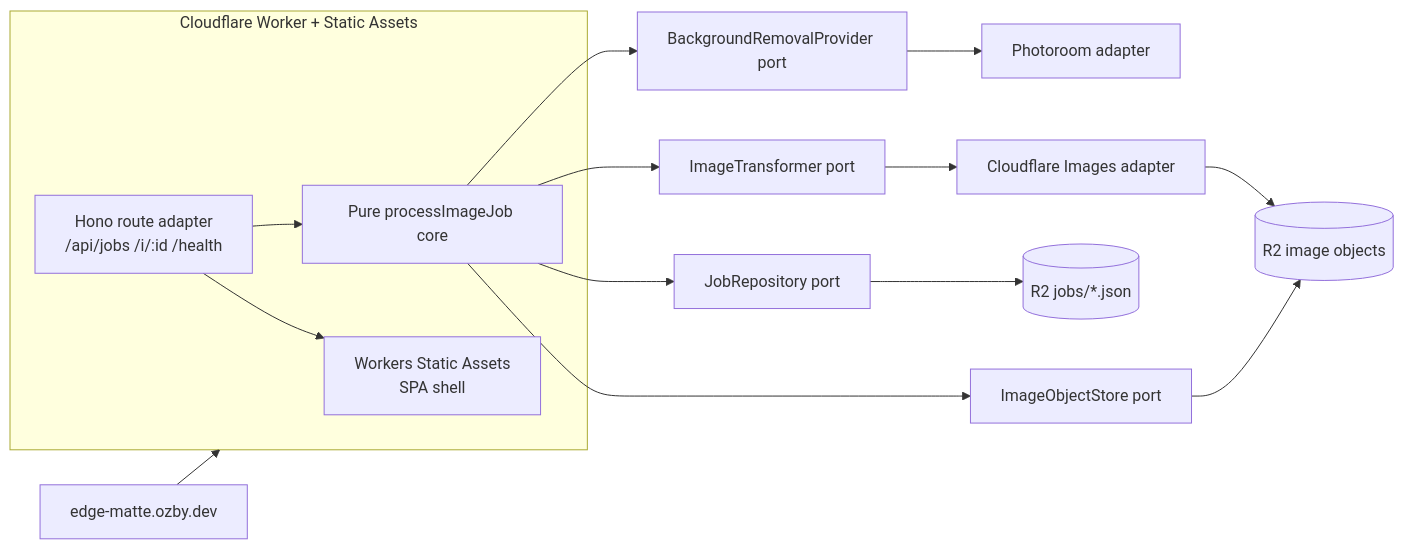
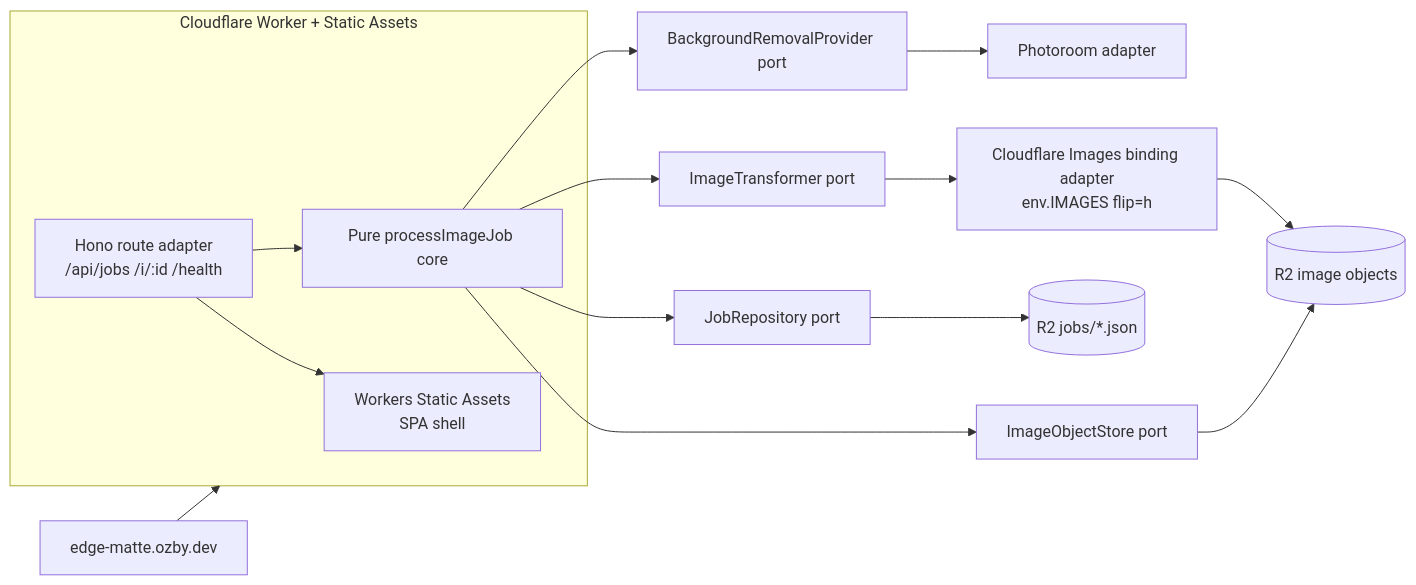
The first of 10 diagrams in docs/architecture.md (ozby/edge-matte), drawn with Mermaid before and after one commit. The commit also changed other lines of this file and 57 other files, not shown here.

````diff
--- a/docs/architecture.md
+++ b/docs/architecture.md
@@ -20,23 +21,23 @@
 ```mermaid
 flowchart LR
     DOMAIN[edge-matte.ozby.dev] --> WORKER[Cloudflare Worker]
 
     subgraph WORKER[Cloudflare Worker + Static Assets]
         ASSETS[Workers Static Assets<br/>SPA shell]
         ROUTES[Hono route adapter<br/>/api/jobs /i/:id /health]
         CORE[Pure processImageJob core]
         ROUTES --> CORE
         ROUTES --> ASSETS
     end
 
     CORE --> BGPORT[BackgroundRemovalProvider port]
     CORE --> IMGPORT[ImageTransformer port]
     CORE --> JOBPORT[JobRepository port]
     CORE --> STOREPORT[ImageObjectStore port]
 
     BGPORT --> PHOTOROOM[Photoroom adapter]
-    IMGPORT --> CFIMG[Cloudflare Images adapter]
+    IMGPORT --> CFIMG[Cloudflare Images binding adapter<br/>env.IMAGES flip=h]
     JOBPORT --> R2[(R2 jobs/*.json)]
     STOREPORT --> R2BLOBS[(R2 image objects)]
     CFIMG --> R2BLOBS
 ```
````
